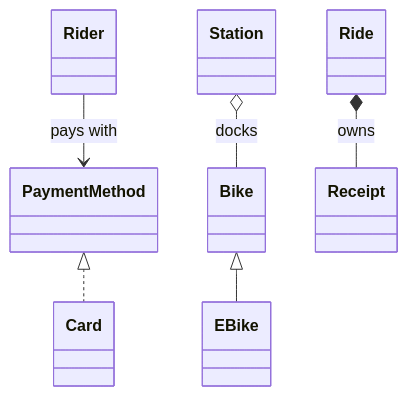
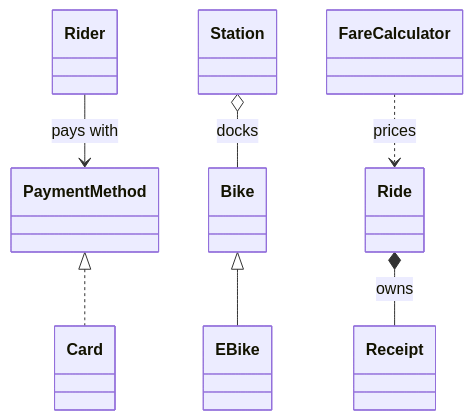
One commit to sahilbeg/JavaQuest changed the third of 9 diagrams in content/module-06-craft/topic-07-uml-basics/lesson.md. Above: the diagram before and after it, drawn with Mermaid. The commit also changed other lines of this file and 57 other files, not shown here.

````diff
--- a/content/module-06-craft/topic-07-uml-basics/lesson.md
+++ b/content/module-06-craft/topic-07-uml-basics/lesson.md
@@ -65,8 +65,9 @@
 ```mermaid
 classDiagram
     Rider --> PaymentMethod : pays with
     Station o-- Bike : docks
     Ride *-- Receipt : owns
     Bike <|-- EBike
     PaymentMethod <|.. Card
+    FareCalculator ..> Ride : prices
 ```
````
